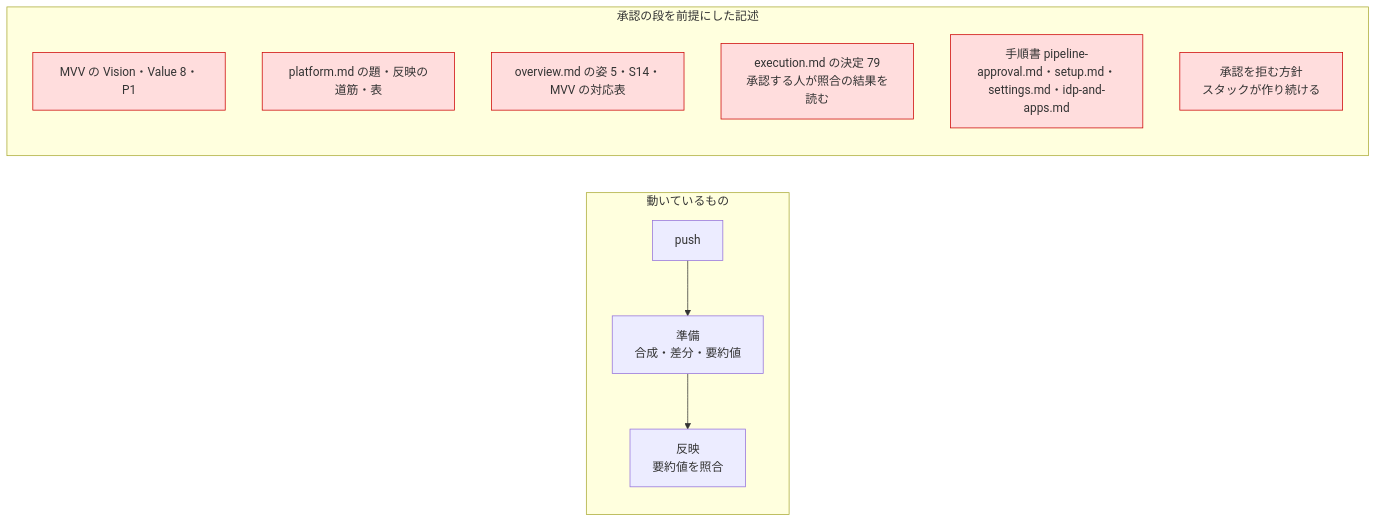
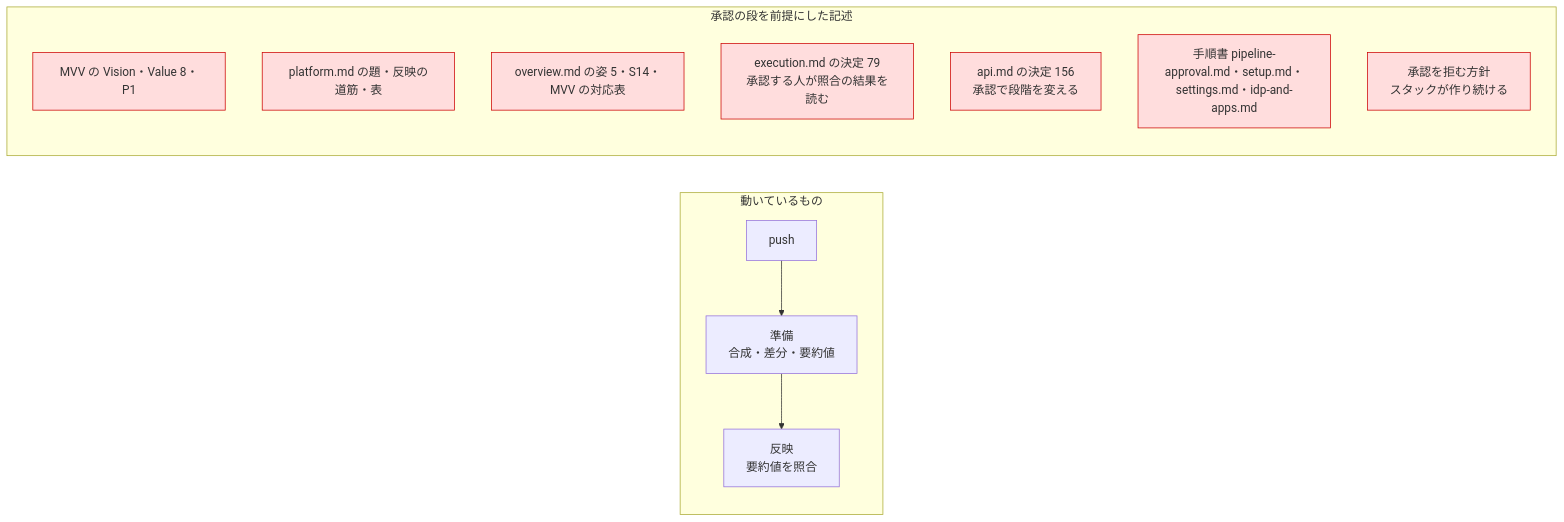
The first of 3 diagrams in issues/issue-164-design.md (devbasex/nd-factory), drawn with Mermaid before and after one commit. The commit also changed other lines of this file and 4 other files, not shown here.

````diff
--- a/issues/issue-164-design.md
+++ b/issues/issue-164-design.md
@@ -11,15 +11,16 @@
 ```mermaid
 graph LR
     subgraph 動いているもの
         P[push] --> PR[準備<br/>合成・差分・要約値] --> D[反映<br/>要約値を照合]
     end
     subgraph 承認の段を前提にした記述
         V8[MVV の Vision・Value 8・P1]:::gap
         PL[platform.md の題・反映の道筋・表]:::gap
         OV[overview.md の姿 5・S14・MVV の対応表]:::gap
         E79[execution.md の決定 79<br/>承認する人が照合の結果を読む]:::gap
+        A156[api.md の決定 156<br/>承認で段階を変える]:::gap
         OP[手順書 pipeline-approval.md・setup.md・settings.md・idp-and-apps.md]:::gap
         DP[承認を拒む方針<br/>スタックが作り続ける]:::gap
     end
     classDef gap fill:#fdd,stroke:#c00
 ```
````
